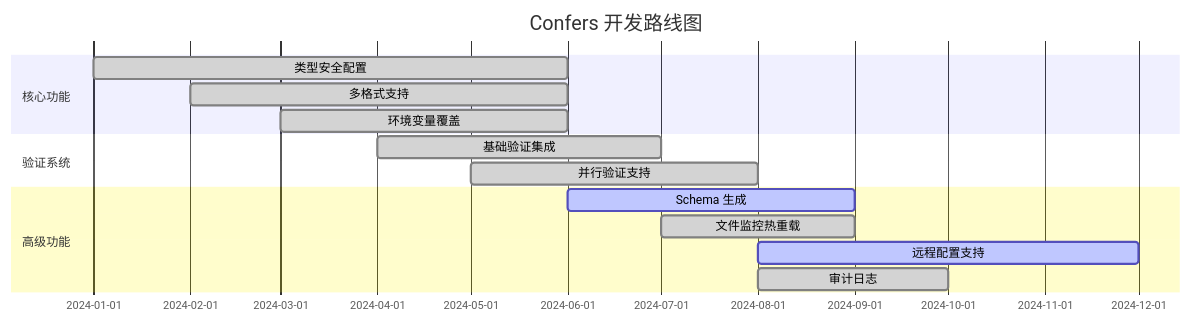
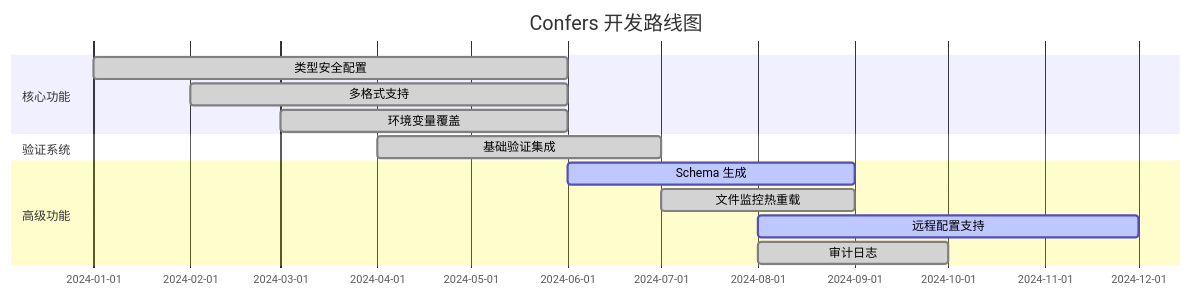
The third of 3 diagrams in README_zh.md (Kirky-X/confers), drawn with Mermaid before and after one commit. The commit also changed other lines of this file and 1 other file, not shown here.

````diff
--- a/README_zh.md
+++ b/README_zh.md
@@ -949,17 +940,16 @@
 ```mermaid
 gantt
     title Confers 开发路线图
     dateFormat  YYYY-MM
     section 核心功能
     类型安全配置     :done, 2024-01, 2024-06
     多格式支持       :done, 2024-02, 2024-06
     环境变量覆盖     :done, 2024-03, 2024-06
     section 验证系统
     基础验证集成     :done, 2024-04, 2024-07
-    并行验证支持     :done, 2024-05, 2024-08
     section 高级功能
     Schema 生成      :active, 2024-06, 2024-09
     文件监控热重载   :done, 2024-07, 2024-09
     远程配置支持     :active, 2024-08, 2024-12
     审计日志         :done, 2024-08, 2024-10
 ```
````
